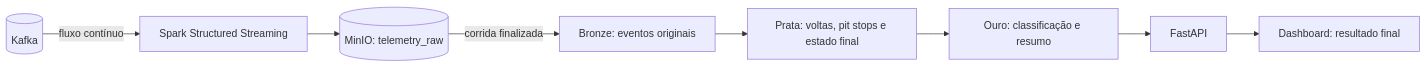
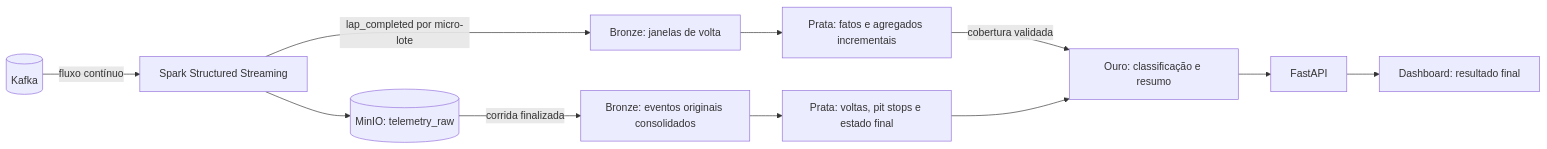
The second of 3 diagrams in docs/architecture.md (faelk8/lab_race_stream), drawn with Mermaid before and after one commit. The commit also changed other lines of this file and 13 other files, not shown here.

````diff
--- a/docs/architecture.md
+++ b/docs/architecture.md
@@ -37,10 +39,13 @@
 ```mermaid
 flowchart LR
     K[(Kafka)] -->|fluxo contínuo| S[Spark Structured Streaming]
     S --> RAW[(MinIO: telemetry_raw)]
-    RAW -->|corrida finalizada| B[Bronze: eventos originais]
+    S -->|lap_completed por micro-lote| BW[Bronze: janelas de volta]
+    BW --> PI[Prata: fatos e agregados incrementais]
+    RAW -->|corrida finalizada| B[Bronze: eventos originais consolidados]
+    PI -->|cobertura validada| O[Ouro: classificação e resumo]
     B --> P[Prata: voltas, pit stops e estado final]
     P --> O[Ouro: classificação e resumo]
     O --> API[FastAPI]
     API --> UI[Dashboard: resultado final]
 ```
````
